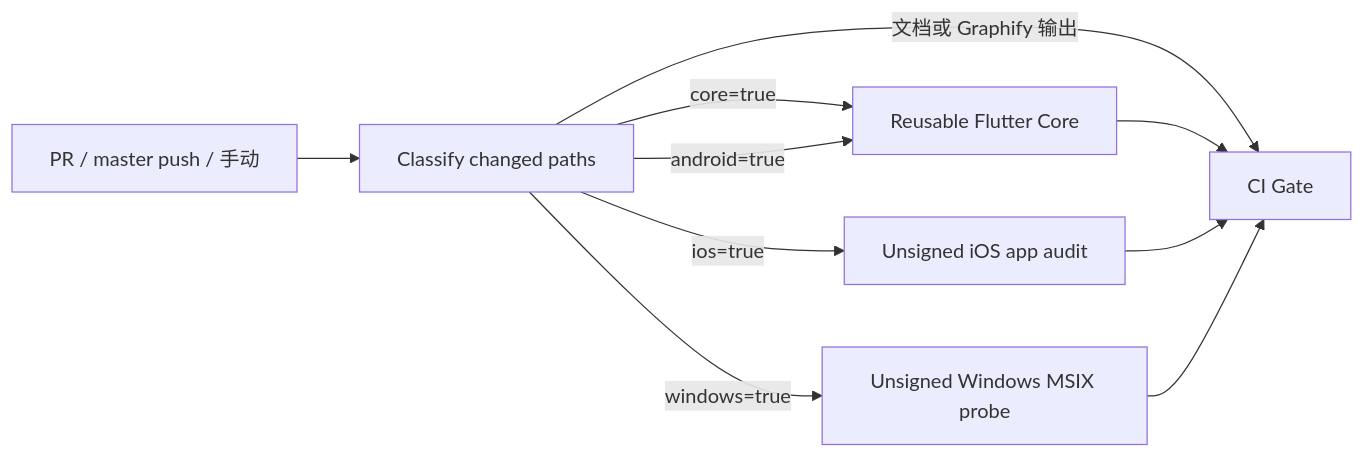
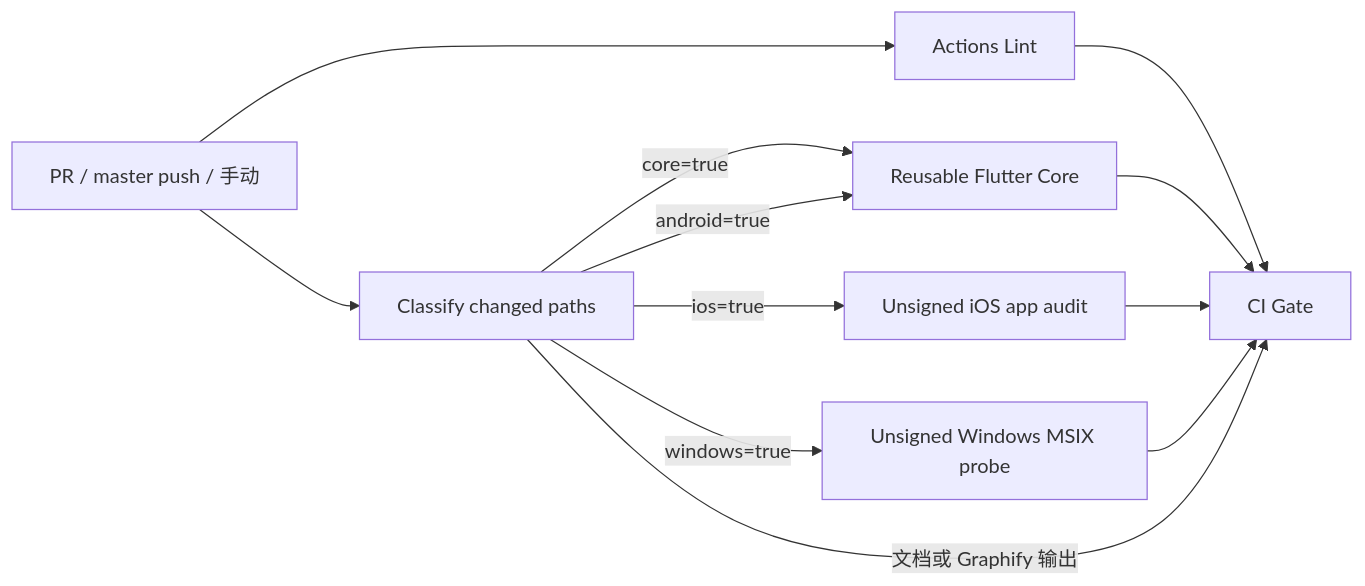
One commit to zhangheng2022/meet_trace changed the diagram in spec/spec-process-cicd-flutter-ci.md. Above: the diagram before and after it, drawn with Mermaid. The commit also changed other lines of this file and 20 other files, not shown here.

````diff
--- a/spec/spec-process-cicd-flutter-ci.md
+++ b/spec/spec-process-cicd-flutter-ci.md
@@ -34,12 +32,14 @@
 ```mermaid
 flowchart LR
-  A["PR / master push / 手动"] --> B["Classify changed paths"]
+  A["PR / master push / 手动"] --> L["Actions Lint"]
+  A --> B["Classify changed paths"]
   B -->|"core=true"| C["Reusable Flutter Core"]
   B -->|"android=true"| C
   B -->|"ios=true"| D["Unsigned iOS app audit"]
   B -->|"windows=true"| W["Unsigned Windows MSIX probe"]
   B -->|"文档或 Graphify 输出"| E["CI Gate"]
+  L --> E
   C --> E
   D --> E
   W --> E
 ```
````
